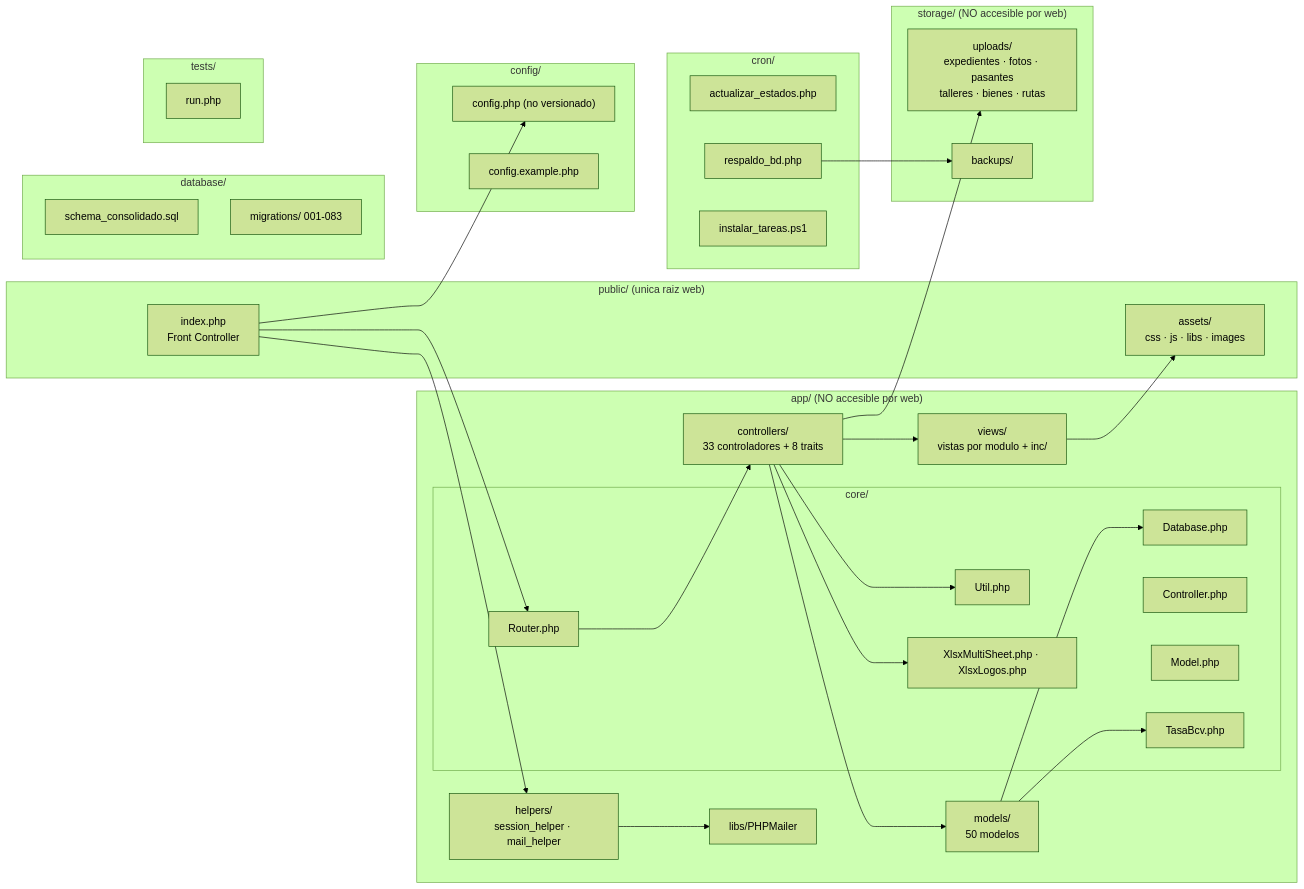
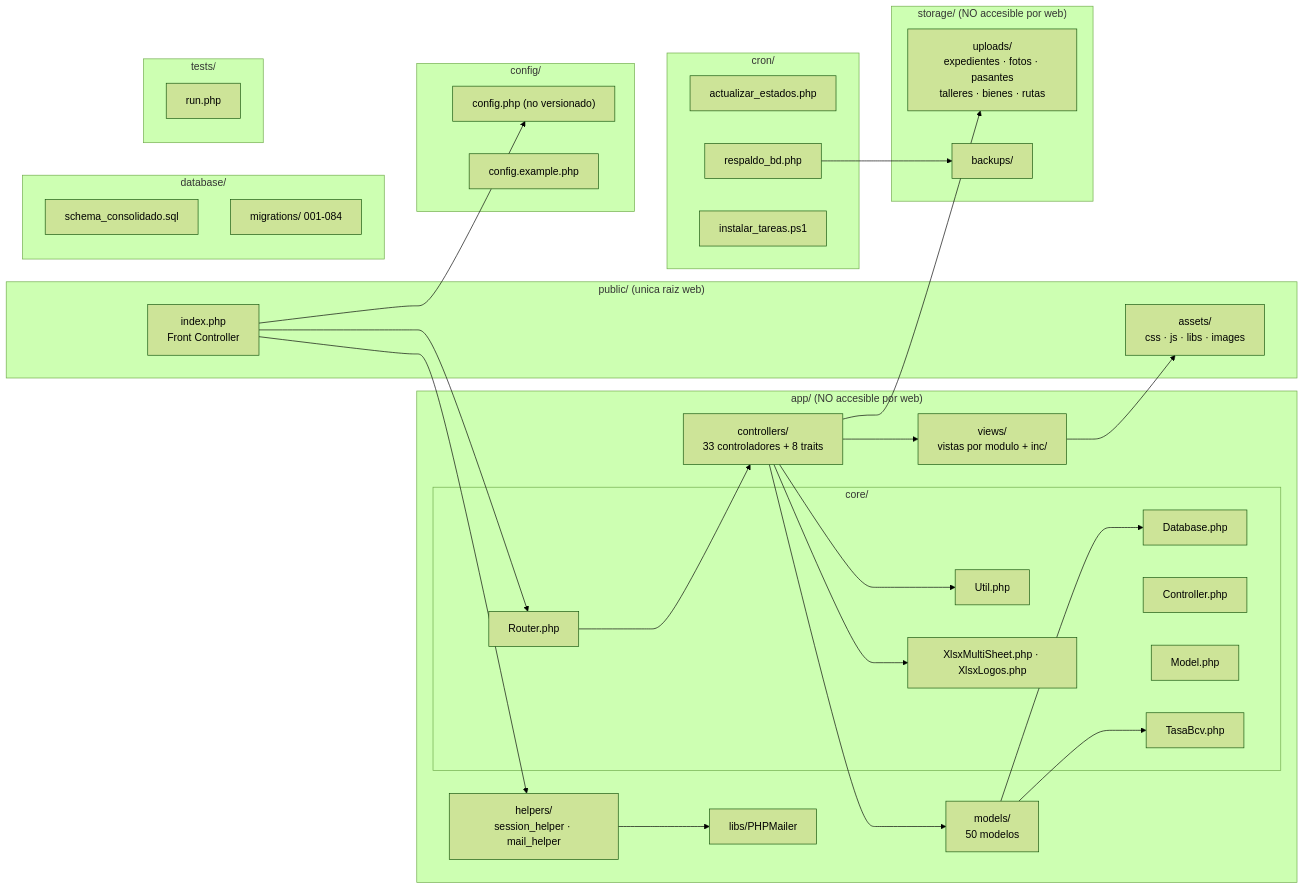
The second of 5 diagrams in docs/DIAGRAMA_COMPONENTES.md (Denxxe/SIGTUR-IMATUR), drawn with Mermaid (forest theme) before and after one commit. The commit also changed 18 other files, not shown here.

````diff
--- a/docs/DIAGRAMA_COMPONENTES.md
+++ b/docs/DIAGRAMA_COMPONENTES.md
@@ -83,64 +83,64 @@
 ```mermaid
 flowchart LR
     subgraph PUB["public/ (unica raiz web)"]
         IDX["index.php<br/>Front Controller"]
         AST["assets/<br/>css · js · libs · images"]
     end
 
     subgraph APP["app/ (NO accesible por web)"]
         subgraph CORE["core/"]
             RT["Router.php"]
             DBC["Database.php"]
             CT["Controller.php"]
             MD["Model.php"]
             UT["Util.php"]
             TB["TasaBcv.php"]
             XL["XlsxMultiSheet.php · XlsxLogos.php"]
         end
         CTRL["controllers/<br/>33 controladores + 8 traits"]
         MODL["models/<br/>50 modelos"]
         VIEW["views/<br/>vistas por modulo + inc/"]
         HLP["helpers/<br/>session_helper · mail_helper"]
         LIB["libs/PHPMailer"]
     end
 
     subgraph CFG["config/"]
         CF["config.php (no versionado)"]
         CE["config.example.php"]
     end
 
     subgraph DBF["database/"]
         SC["schema_consolidado.sql"]
-        MG["migrations/ 001-083"]
+        MG["migrations/ 001-084"]
     end
 
     subgraph STO["storage/ (NO accesible por web)"]
         UP["uploads/<br/>expedientes · fotos · pasantes<br/>talleres · bienes · rutas"]
         BK["backups/"]
     end
 
     subgraph CRN["cron/"]
         C1["actualizar_estados.php"]
         C2["respaldo_bd.php"]
         C3["instalar_tareas.ps1"]
     end
 
     subgraph TST["tests/"]
         TR["run.php"]
     end
 
     IDX --> CF
     IDX --> HLP
     IDX --> RT
     RT --> CTRL
     CTRL --> MODL
     CTRL --> VIEW
     MODL --> DBC
     CTRL --> UT
     CTRL --> XL
     MODL --> TB
     HLP --> LIB
     VIEW --> AST
     CTRL --> UP
     C2 --> BK
 ```
````
